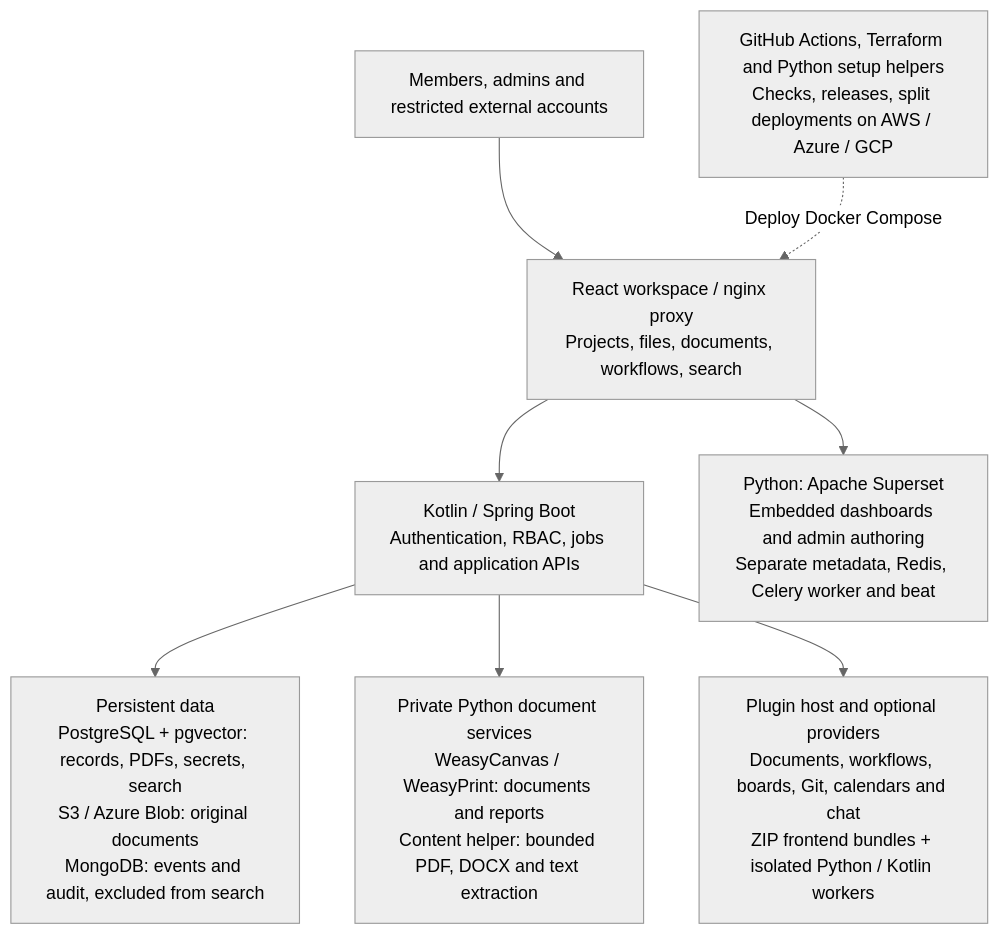
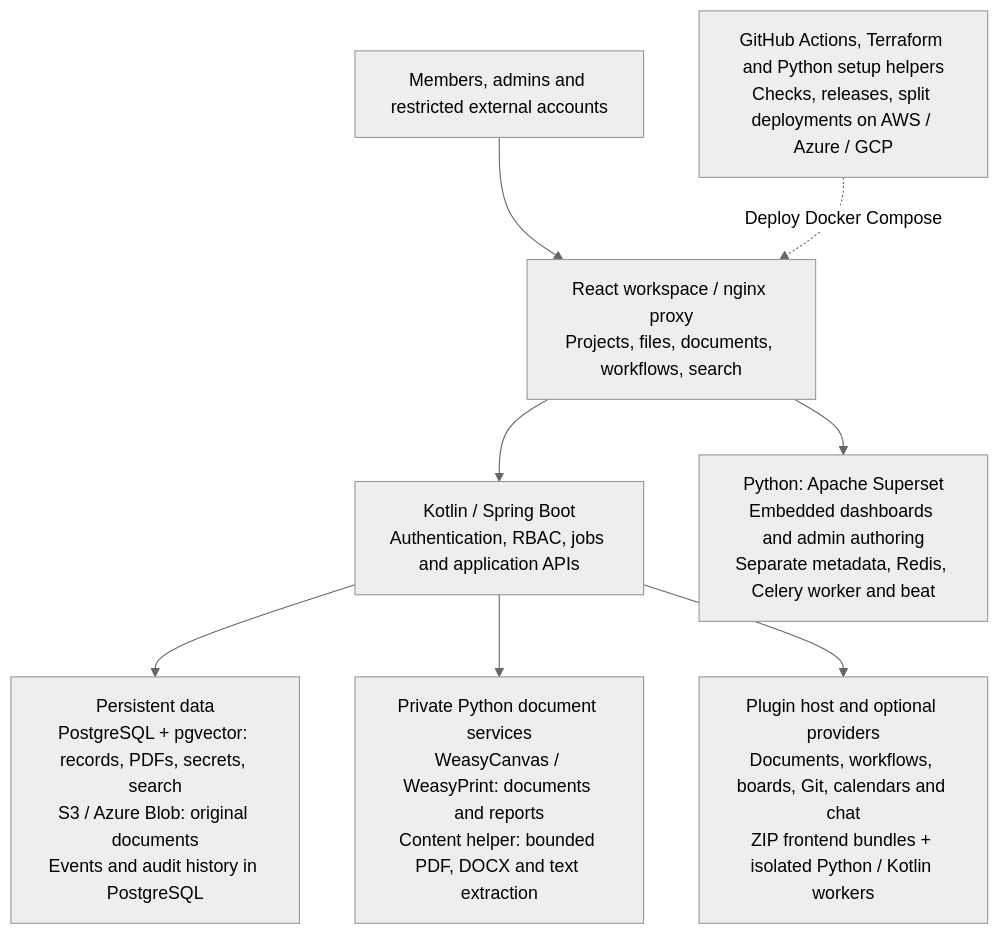
The diagram in README.md (GrahamCHill/Meshable-Ops), drawn with Mermaid (neutral theme) before and after one commit. The commit also changed other lines of this file and 62 other files, not shown here.

````diff
--- a/README.md
+++ b/README.md
@@ -52,15 +52,15 @@
 ```mermaid
 flowchart TB
     users["Members, admins and restricted external accounts"]
     web["React workspace / nginx proxy<br/>Projects, files, documents, workflows, search"]
     api["Kotlin / Spring Boot<br/>Authentication, RBAC, jobs and application APIs"]
-    state["Persistent data<br/>PostgreSQL + pgvector: records, PDFs, secrets, search<br/>S3 / Azure Blob: original documents<br/>MongoDB: events and audit, excluded from search"]
+    state["Persistent data<br/>PostgreSQL + pgvector: records, PDFs, secrets, search<br/>S3 / Azure Blob: original documents<br/>Events and audit history in PostgreSQL"]
     python["Private Python document services<br/>WeasyCanvas / WeasyPrint: documents and reports<br/>Content helper: bounded PDF, DOCX and text extraction"]
     plugins["Plugin host and optional providers<br/>Documents, workflows, boards, Git, calendars and chat<br/>ZIP frontend bundles + isolated Python / Kotlin workers"]
     analytics["Python: Apache Superset<br/>Embedded dashboards and admin authoring<br/>Separate metadata, Redis, Celery worker and beat"]
     ci["GitHub Actions, Terraform and Python setup helpers<br/>Checks, releases, split deployments on AWS / Azure / GCP"]
     users --> web --> api
     web --> analytics
     api --> state & python & plugins
     ci -. "Deploy Docker Compose" .-> web
 ```
````
